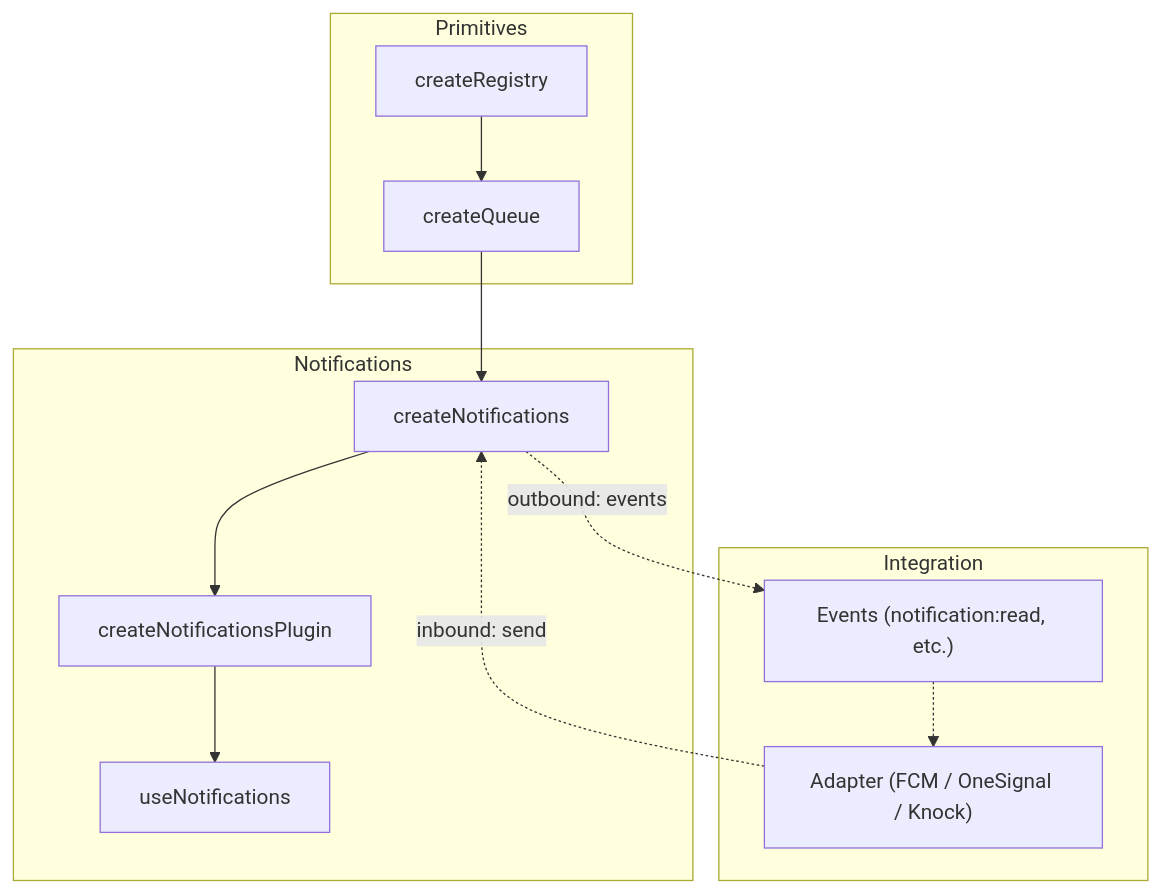
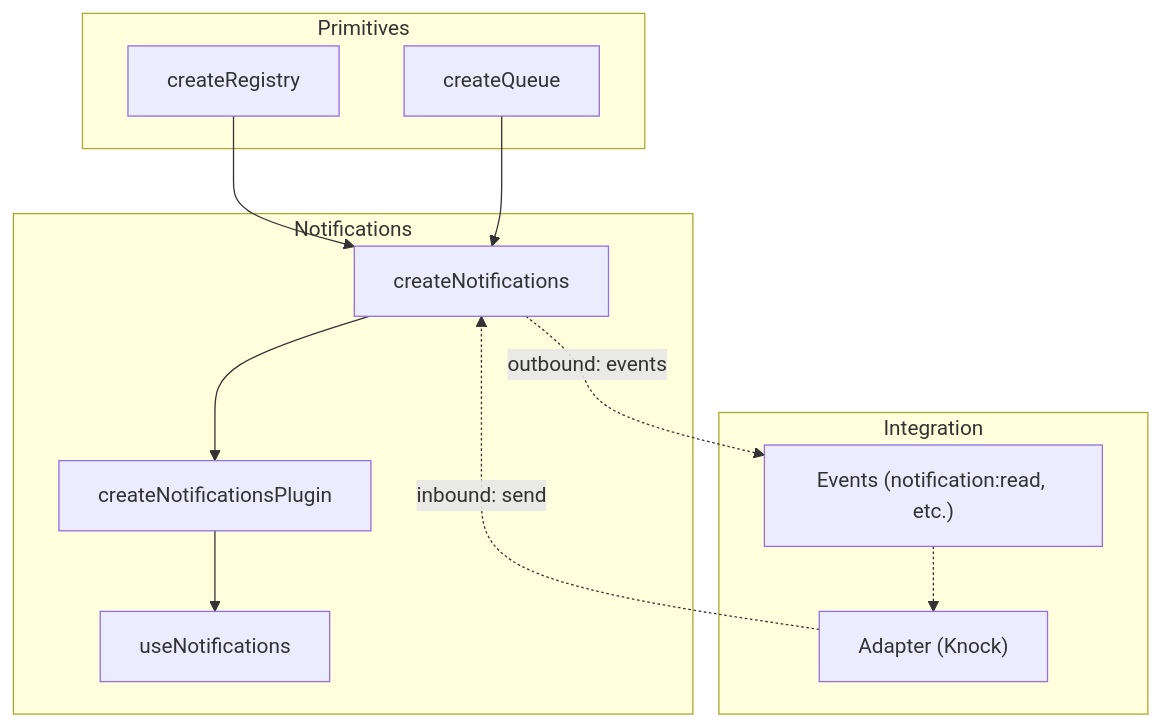
The first of 2 diagrams in apps/docs/src/pages/composables/plugins/use-notifications.md (vuetifyjs/0), drawn with Mermaid before and after one commit. The commit also changed other lines of this file, not shown here.

First line of the commit message:
docs(useNotifications): fix inaccurate docs for queue integration

````diff
--- a/apps/docs/src/pages/composables/plugins/use-notifications.md
+++ b/apps/docs/src/pages/composables/plugins/use-notifications.md
@@ -82,26 +81,26 @@
 ```mermaid "Notification Architecture"
 flowchart TB
   subgraph Primitives
     Registry[createRegistry]
     Queue[createQueue]
   end
 
   subgraph Notifications
     Core[createNotifications]
     Plugin[createNotificationsPlugin]
     Use[useNotifications]
   end
 
   subgraph Integration
-    Adapter["Adapter (FCM / OneSignal / Knock)"]
+    Adapter["Adapter (Knock)"]
     Events["Events (notification:read, etc.)"]
   end
 
-  Registry --> Queue
+  Registry --> Core
   Queue --> Core
   Core --> Plugin
   Plugin --> Use
   Adapter -.->|inbound: send| Core
   Core -.->|outbound: events| Events
   Events -.-> Adapter
 ```
````
